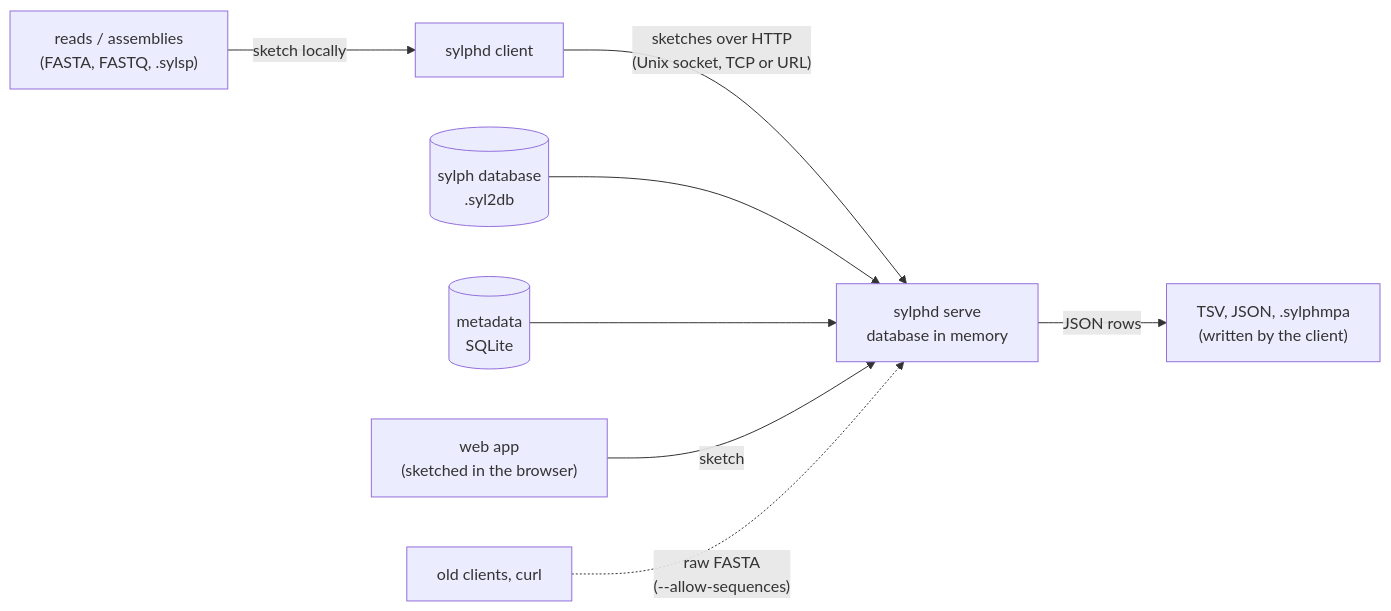
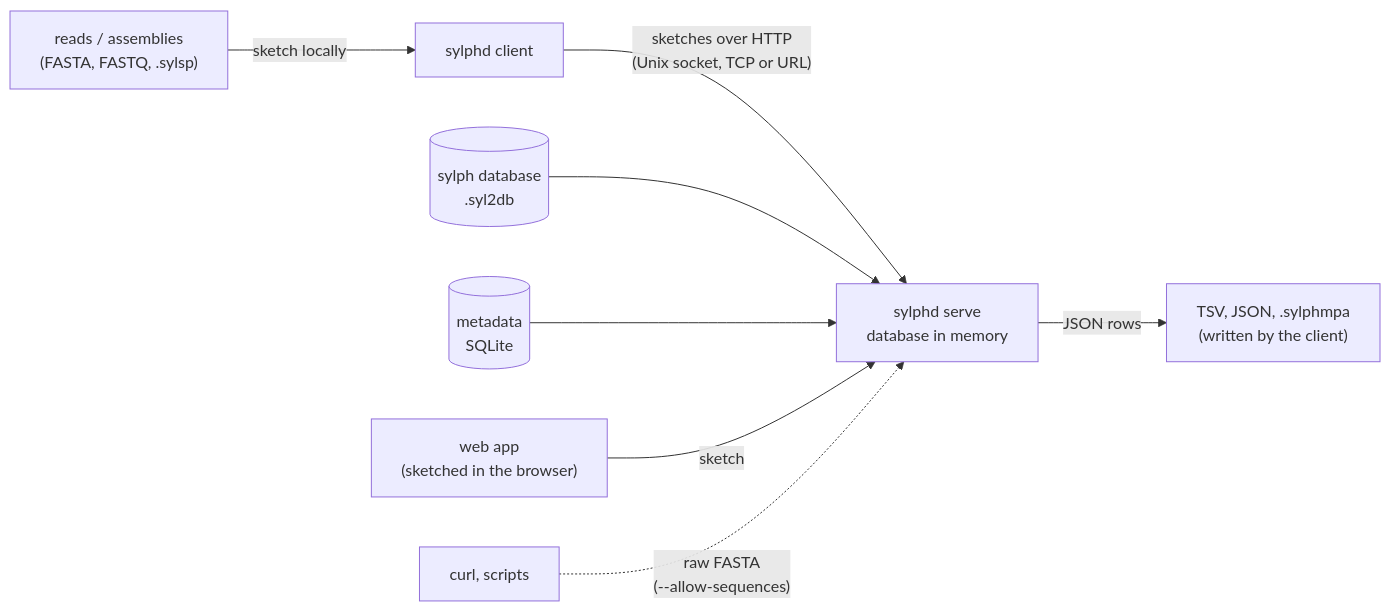
Before and after one commit to Abrinca/sylphd: the diagram in docs/index.md, drawn with Mermaid. The commit also changed other lines of this file and 18 other files, not shown here.

Commit message:
Simplify: Assembly tab always sketches in the browser (no raw-upload path, toggle, old-server detection); sylphd assembly defaults to --local-sketch; single privacy wording; sketch-only public instance documented

````diff
--- a/docs/index.md
+++ b/docs/index.md
@@ -23,10 +23,10 @@
 ```mermaid
 flowchart LR
     R["reads / assemblies<br/>(FASTA, FASTQ, .sylsp)"] -->|"sketch locally"| C["sylphd client"]
     C -->|"sketches over HTTP<br/>(Unix socket, TCP or URL)"| S["sylphd serve<br/>database in memory"]
     S -->|"JSON rows"| T["TSV, JSON, .sylphmpa<br/>(written by the client)"]
     DB[("sylph database<br/>.syl2db")] --> S
     MD[("metadata<br/>SQLite")] --> S
     B["web app<br/>(sketched in the browser)"] -->|"sketch"| S
-    W["old clients, curl"] -.->|"raw FASTA<br/>(--allow-sequences)"| S
+    W["curl, scripts"] -.->|"raw FASTA<br/>(--allow-sequences)"| S
 ```
````
